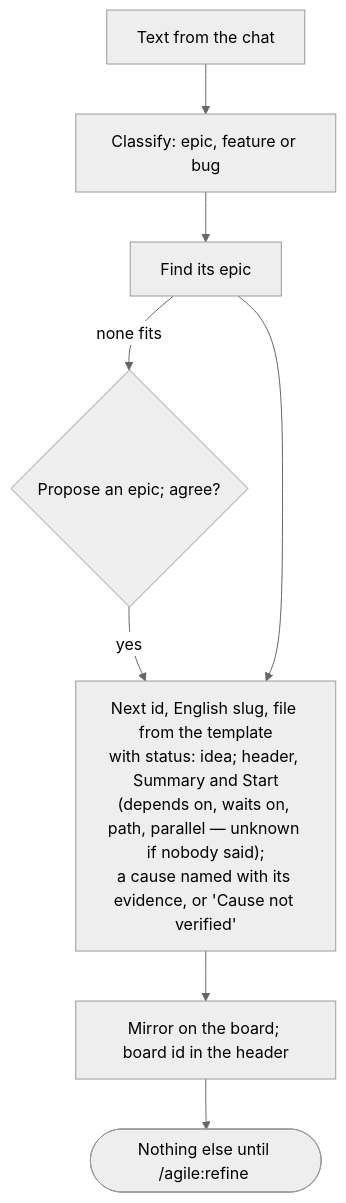
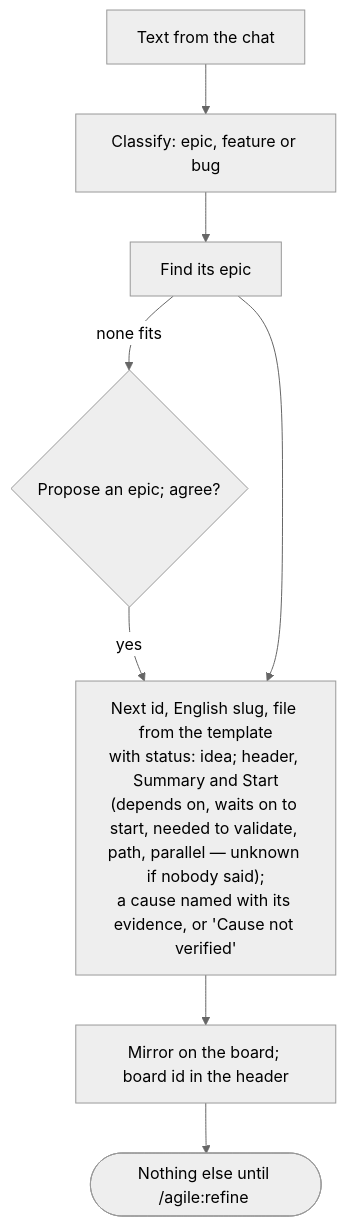
One commit to alexcanario/simulab changed the fourth of 20 diagrams in docs/agile/workflow.md. Above: the diagram before and after it, drawn with Mermaid (neutral theme). The commit also changed other lines of this file and 17 other files, not shown here.

````diff
--- a/docs/agile/workflow.md
+++ b/docs/agile/workflow.md
@@ -1467,10 +2035,10 @@
 ```mermaid
 flowchart TD
     A["Text from the chat"] --> B["Classify: epic, feature or bug"]
     B --> C["Find its epic"]
     C -->|none fits| C1{"Propose an epic; agree?"}
     C1 -->|yes| D
-    C --> D["Next id, English slug, file from the template<br/>with status: idea; header, Summary and Start<br/>(depends on, waits on, path, parallel — unknown if nobody said);<br/>a cause named with its evidence, or 'Cause not verified'"]
+    C --> D["Next id, English slug, file from the template<br/>with status: idea; header, Summary and Start<br/>(depends on, waits on to start, needed to validate, path, parallel — unknown if nobody said);<br/>a cause named with its evidence, or 'Cause not verified'"]
     D --> E["Mirror on the board; board id in the header"]
     E --> F(["Nothing else until /agile:refine <id>"])
 ```
````
